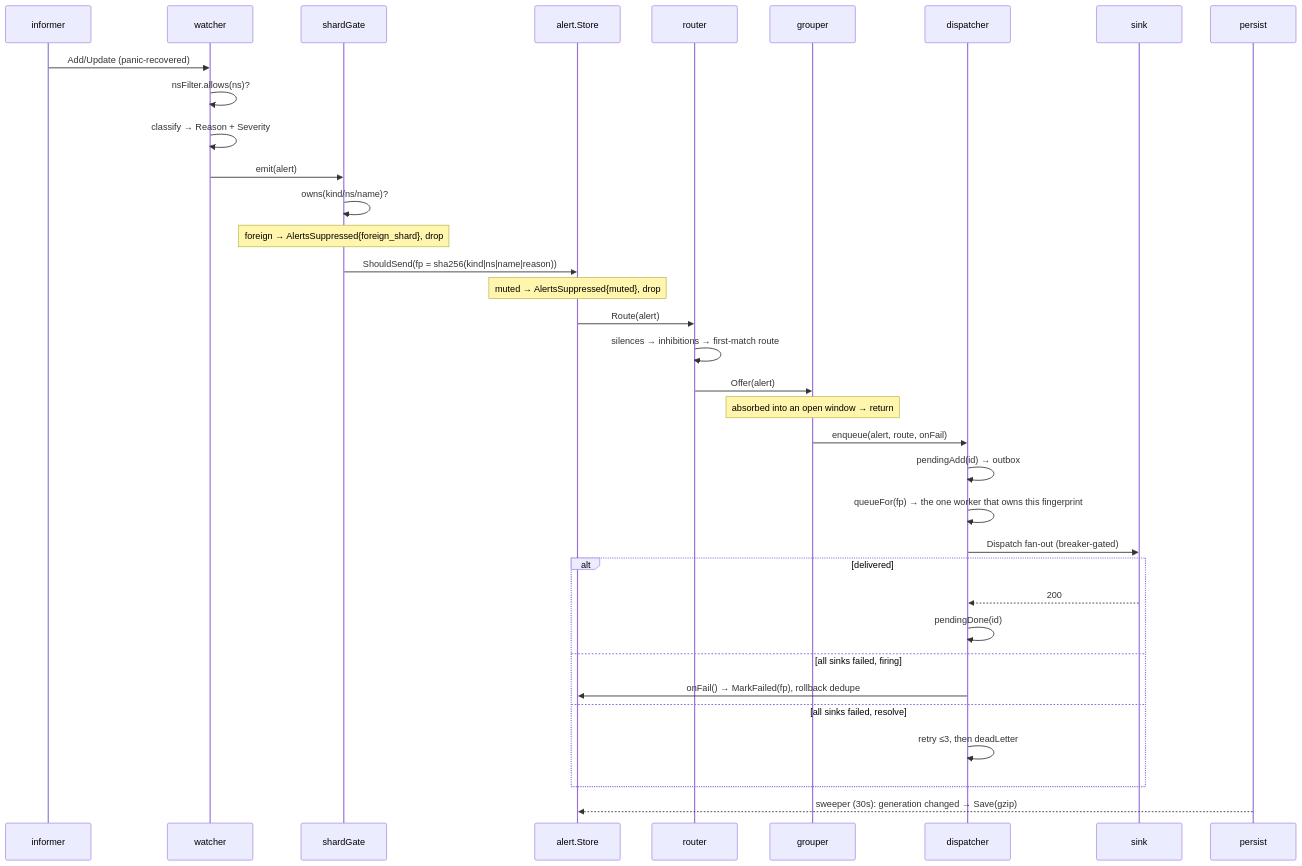
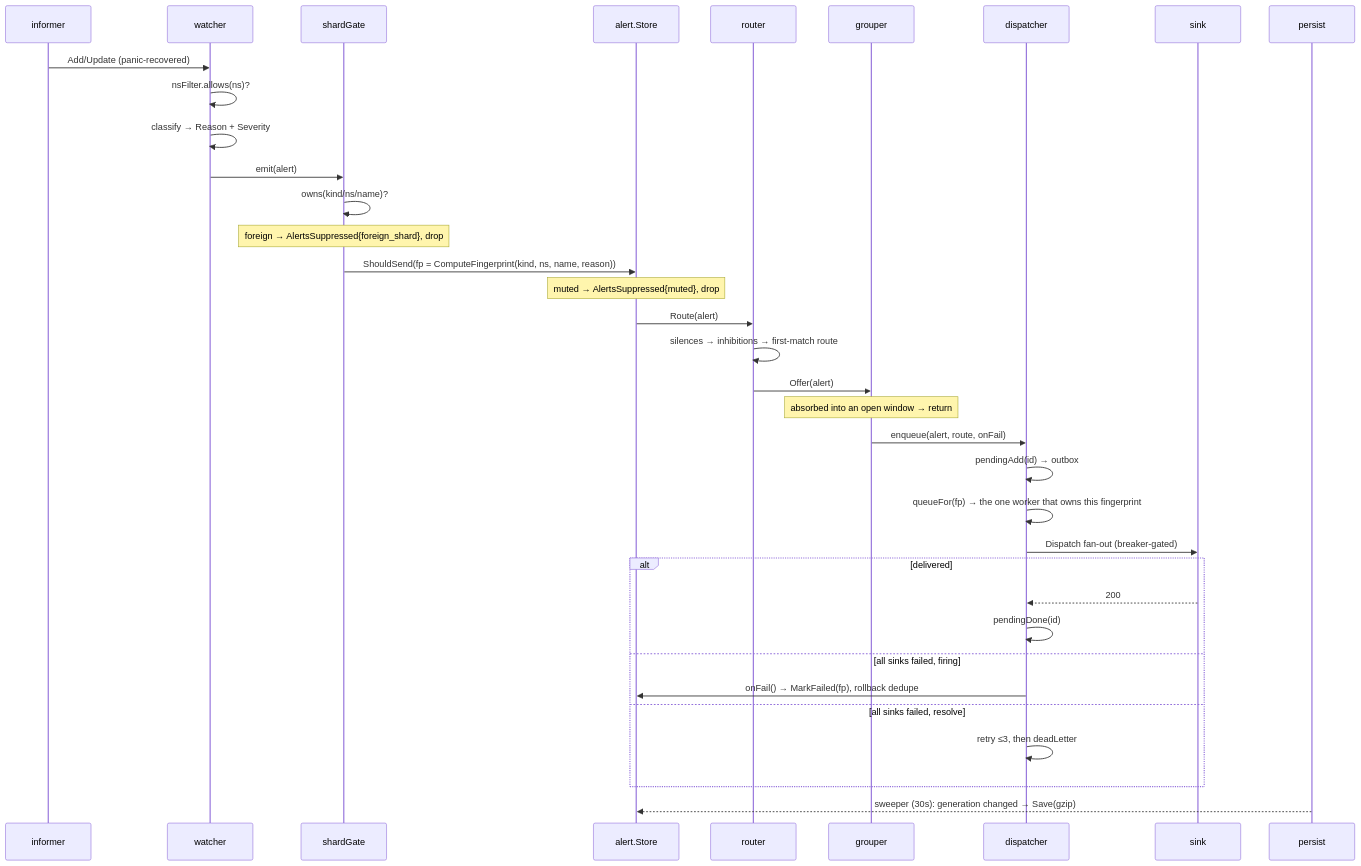
Before and after one commit to aryasoni98/alertkube: the third of 6 diagrams in docs/docs/architecture.md, drawn with Mermaid. The commit also changed other lines of this file and 45 other files, not shown here.

First line of the commit message:
chore(release): prepare v2.0.0 and document the architecture audit

````diff
--- a/docs/docs/architecture.md
+++ b/docs/docs/architecture.md
@@ -136,38 +136,38 @@
 ```mermaid
 sequenceDiagram
     participant I as informer
     participant WA as watcher
     participant SG as shardGate
     participant ST as alert.Store
     participant RT as router
     participant GR as grouper
     participant D as dispatcher
     participant SK as sink
     participant P as persist
 
     I->>WA: Add/Update (panic-recovered)
     WA->>WA: nsFilter.allows(ns)?
     WA->>WA: classify → Reason + Severity
     WA->>SG: emit(alert)
     SG->>SG: owns(kind/ns/name)?
     Note over SG: foreign → AlertsSuppressed{foreign_shard}, drop
-    SG->>ST: ShouldSend(fp = sha256(kind|ns|name|reason))
+    SG->>ST: ShouldSend(fp = ComputeFingerprint(kind, ns, name, reason))
     Note over ST: muted → AlertsSuppressed{muted}, drop
     ST->>RT: Route(alert)
     RT->>RT: silences → inhibitions → first-match route
     RT->>GR: Offer(alert)
     Note over GR: absorbed into an open window → return
     GR->>D: enqueue(alert, route, onFail)
     D->>D: pendingAdd(id) → outbox
     D->>D: queueFor(fp) → the one worker that owns this fingerprint
     D->>SK: Dispatch fan-out (breaker-gated)
     alt delivered
         SK-->>D: 200
         D->>D: pendingDone(id)
     else all sinks failed, firing
         D->>ST: onFail() → MarkFailed(fp), rollback dedupe
     else all sinks failed, resolve
         D->>D: retry ≤3, then deadLetter
     end
     P-->>ST: sweeper (30s): generation changed → Save(gzip)
 ```
````
